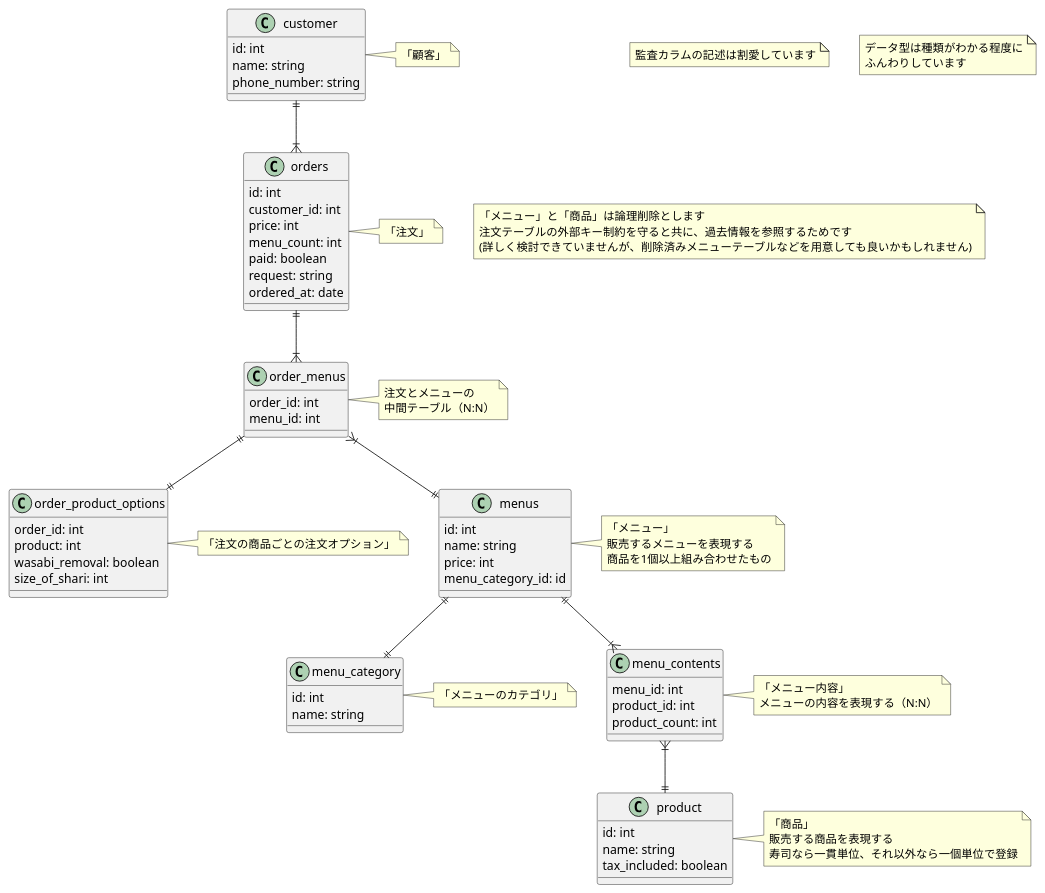
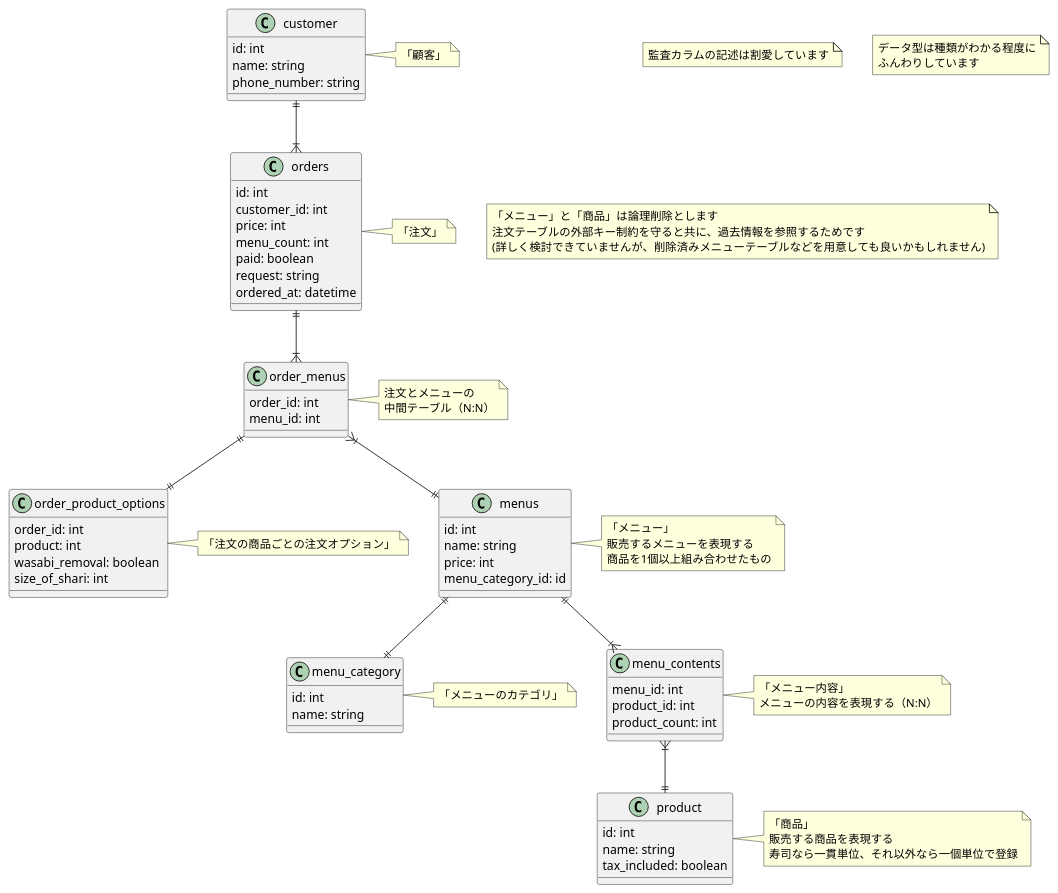
One commit to HitoroOhria/praha-challenge changed the diagram in db/db-modeling-1/sushi_order_of_task3.puml. Above: the diagram before and after it, drawn with PlantUML. The commit also changed 2 other files, not shown here.

```diff
--- a/db/db-modeling-1/sushi_order_of_task3.puml
+++ b/db/db-modeling-1/sushi_order_of_task3.puml
@@ -1,76 +1,76 @@
 @startuml
 'https://plantuml.com/class-diagram
 
 note "監査カラムの記述は割愛しています" as n1
 note "データ型は種類がわかる程度に\nふんわりしています" as n2
 note "「メニュー」と「商品」は論理削除とします\n注文テーブルの外部キー制約を守ると共に、過去情報を参照するためです\n(詳しく検討できていませんが、削除済みメニューテーブルなどを用意しても良いかもしれません)" as n3
 
 class customer {
   id: int
   name: string
   phone_number: string
 }
 note right: 「顧客」
 
 class orders {
   id: int
   customer_id: int
   price: int
   menu_count: int
   paid: boolean
   request: string
-  ordered_at: date
+  ordered_at: datetime
 }
 note right: 「注文」
 
 class order_menus {
   order_id: int
   menu_id: int
 }
 note right: 注文とメニューの\n中間テーブル（N:N）
 
 class order_product_options {
   order_id: int
   product: int
   wasabi_removal: boolean
   size_of_shari: int
 }
 note right: 「注文の商品ごとの注文オプション」
 
 class menus {
   id: int
   name: string
   price: int
   menu_category_id: id
 }
 note right: 「メニュー」\n販売するメニューを表現する\n商品を1個以上組み合わせたもの
 
 class menu_category {
   id: int
   name: string
 }
 note right: 「メニューのカテゴリ」
 
 class menu_contents {
   menu_id: int
   product_id: int
   product_count: int
 }
 note right: 「メニュー内容」\nメニューの内容を表現する（N:N）
 
 class product {
   id: int
   name: string
   tax_included: boolean
 }
 note right: 「商品」\n販売する商品を表現する\n寿司なら一貫単位、それ以外なら一個単位で登録
 
 customer ||--|{ orders
 orders ||--|{ order_menus
 order_menus ||--|| order_product_options
 order_menus }|--|| menus
 menus ||--|{ menu_contents
 menus ||--|| menu_category
 menu_contents }|--|| product
 
 @enduml
```
